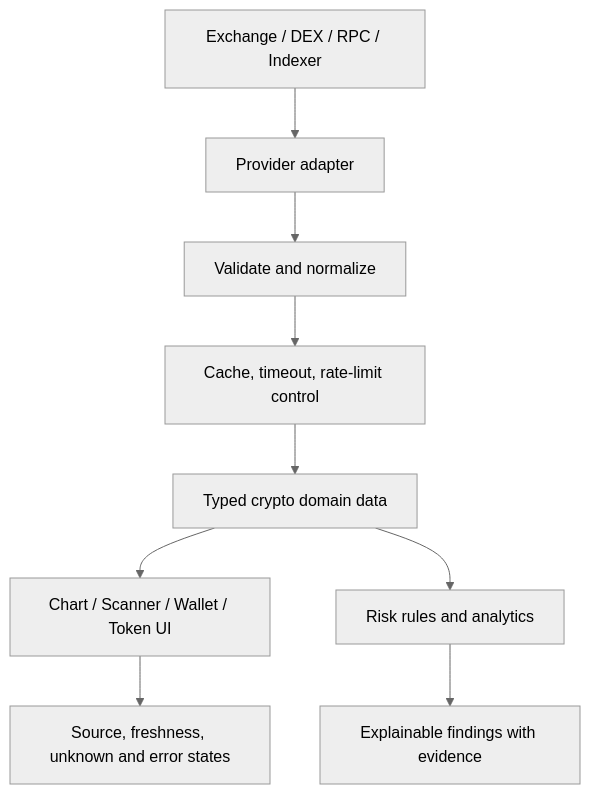
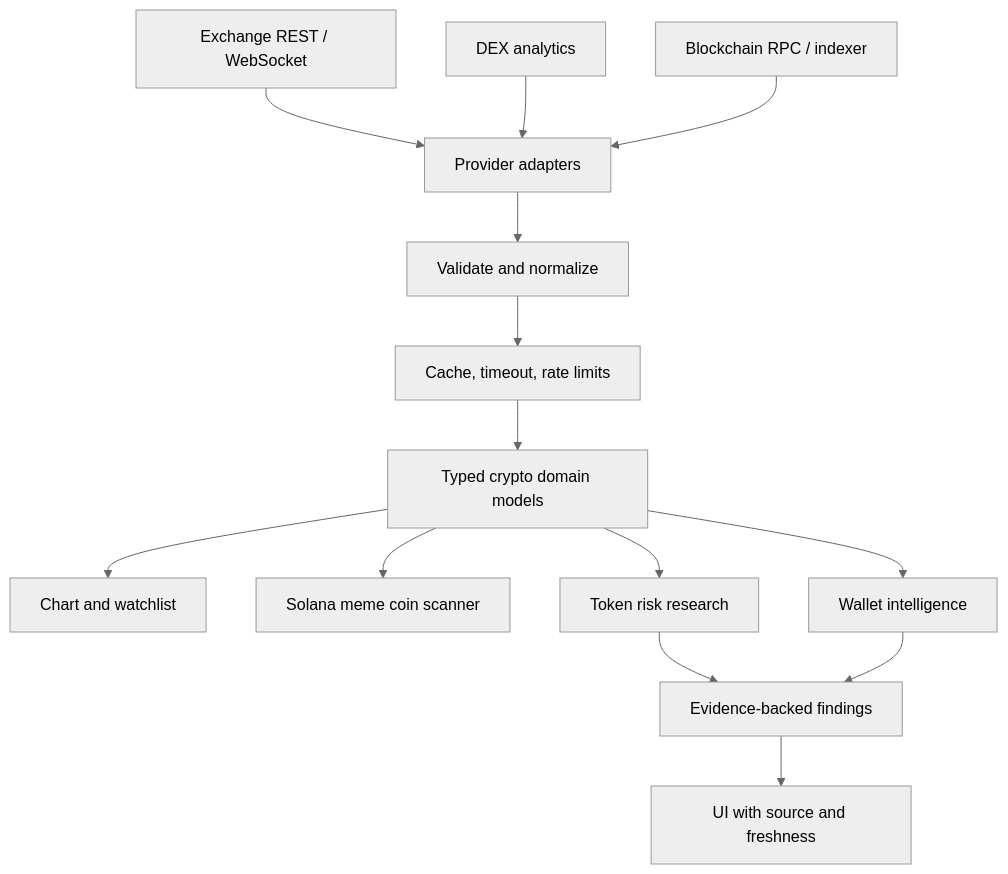
Before and after one commit to Strong-Bee/Zabrina-Alpha-Terminal: the diagram in docs/ARCHITECTURE.md, drawn with Mermaid (neutral theme). The commit also changed other lines of this file, not shown here.

Commit message:
docs: document crypto terminal architecture and data contracts

````diff
--- a/docs/ARCHITECTURE.md
+++ b/docs/ARCHITECTURE.md
@@ -20,11 +29,16 @@
 ```mermaid
 flowchart TD
-  A[Exchange / DEX / RPC / Indexer] --> B[Provider adapter]
-  B --> C[Validate and normalize]
-  C --> D[Cache, timeout, rate-limit control]
-  D --> E[Typed crypto domain data]
-  E --> F[Chart / Scanner / Wallet / Token UI]
-  F --> G[Source, freshness, unknown and error states]
-  E --> H[Risk rules and analytics]
-  H --> I[Explainable findings with evidence]
+  A[Exchange REST / WebSocket] --> D[Provider adapters]
+  B[DEX analytics] --> D
+  C[Blockchain RPC / indexer] --> D
+  D --> E[Validate and normalize]
+  E --> F[Cache, timeout, rate limits]
+  F --> G[Typed crypto domain models]
+  G --> H[Chart and watchlist]
+  G --> I[Solana meme coin scanner]
+  G --> J[Token risk research]
+  G --> K[Wallet intelligence]
+  J --> L[Evidence-backed findings]
+  K --> L
+  L --> M[UI with source and freshness]
 ```
````
